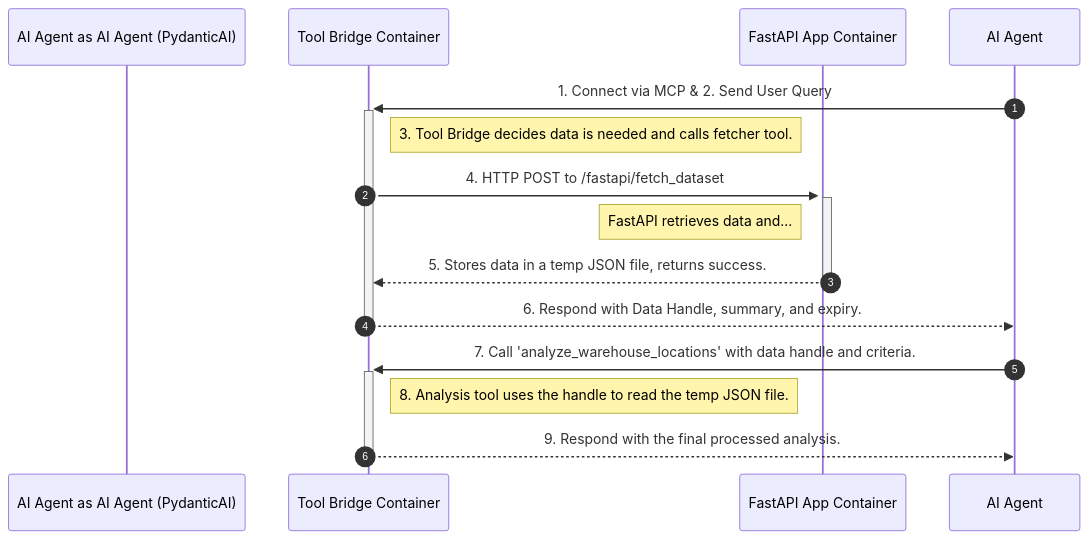
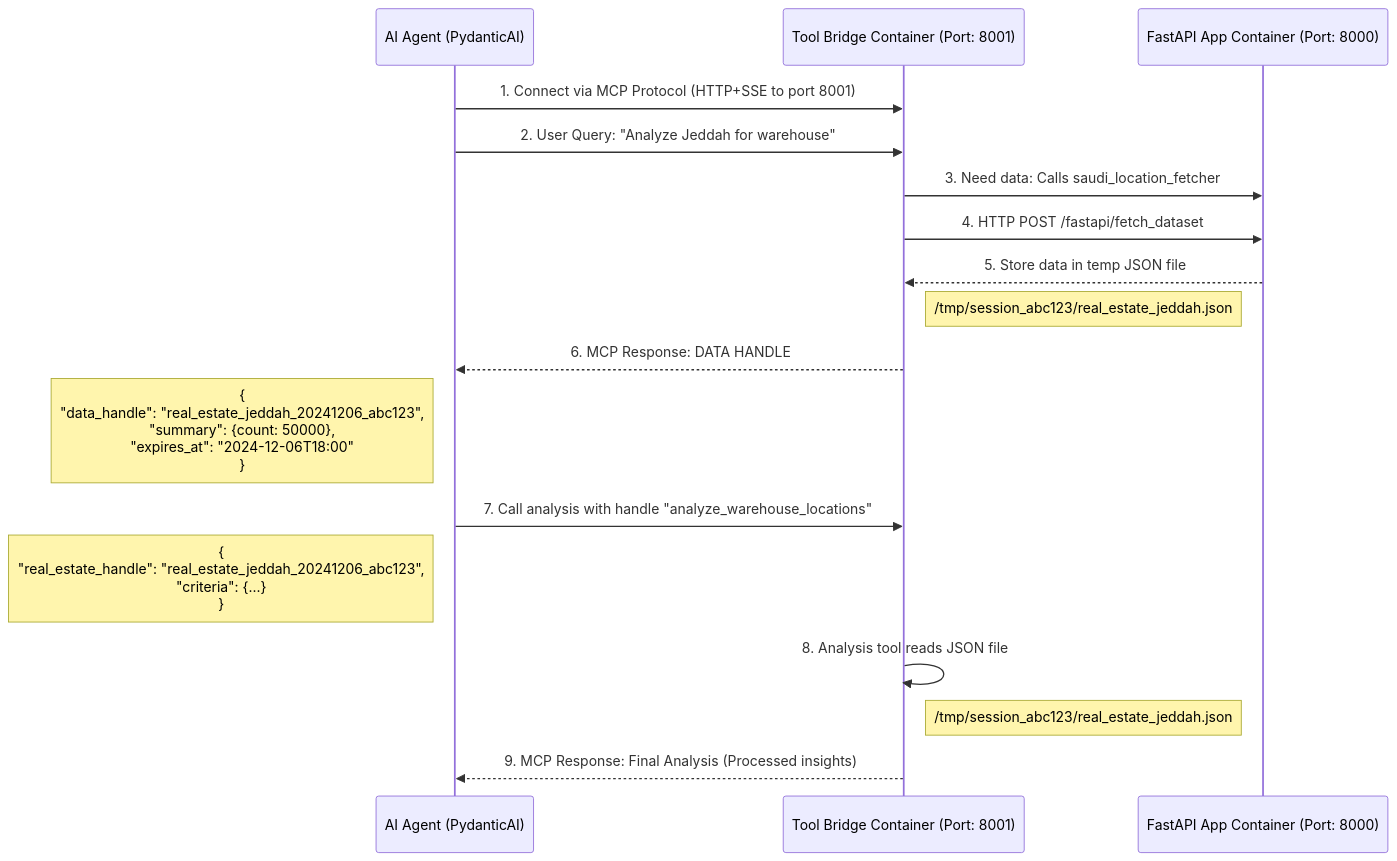
The first of 4 diagrams in tool_bridge_mcp_server/Model Context Protocol (MCP) Guide.md (ImadSaddik/backend2), drawn with Mermaid before and after one commit.

Commit message:
refactor MCP Guide to update mermaid sequence diagram for data handling flow with improved clarity and detailed participant descriptions

````diff
--- a/tool_bridge_mcp_server/Model Context Protocol (MCP) Guide.md
+++ b/tool_bridge_mcp_server/Model Context Protocol (MCP) Guide.md
@@ -244,23 +244,20 @@
 ```mermaid
 sequenceDiagram
-    autonumber
-    participant AI Agent as AI Agent (PydanticAI)
-    participant ToolBridge as Tool Bridge Container
-    participant FastAPI as FastAPI App Container
+    participant AI_Agent as AI Agent (PydanticAI)
+    participant Tool_Bridge as Tool Bridge Container (Port: 8001)
+    participant FastAPI as FastAPI App Container (Port: 8000)
 
-    AI Agent->>+ToolBridge: 1. Connect via MCP & 2. Send User Query
-    note right of ToolBridge: 3. Tool Bridge decides data is needed and calls fetcher tool.
-    
-    ToolBridge->>+FastAPI: 4. HTTP POST to /fastapi/fetch_dataset
-    activate FastAPI
-    note left of FastAPI: FastAPI retrieves data and...
-    FastAPI-->>ToolBridge: 5. Stores data in a temp JSON file, returns success.
-    deactivate FastAPI
-
-    ToolBridge-->>-AI Agent: 6. Respond with Data Handle, summary, and expiry.
-    
-    AI Agent->>+ToolBridge: 7. Call 'analyze_warehouse_locations' with data handle and criteria.
-    note right of ToolBridge: 8. Analysis tool uses the handle to read the temp JSON file.
-    
-    ToolBridge-->>-AI Agent: 9. Respond with the final processed analysis.
+    AI_Agent->>Tool_Bridge: 1. Connect via MCP Protocol (HTTP+SSE to port 8001)
+    AI_Agent->>Tool_Bridge: 2. User Query: "Analyze Jeddah for warehouse"
+    Tool_Bridge->>FastAPI: 3. Need data: Calls saudi_location_fetcher
+    Tool_Bridge->>FastAPI: 4. HTTP POST /fastapi/fetch_dataset
+    FastAPI-->>Tool_Bridge: 5. Store data in temp JSON file
+    Note right of Tool_Bridge: /tmp/session_abc123/real_estate_jeddah.json
+    Tool_Bridge-->>AI_Agent: 6. MCP Response: DATA HANDLE
+    Note left of AI_Agent: {<br>"data_handle": "real_estate_jeddah_20241206_abc123",<br>"summary": {count: 50000},<br>"expires_at": "2024-12-06T18:00"<br>}
+    AI_Agent->>Tool_Bridge: 7. Call analysis with handle "analyze_warehouse_locations"
+    Note left of AI_Agent: {<br>"real_estate_handle": "real_estate_jeddah_20241206_abc123",<br>"criteria": {...}<br>}
+    Tool_Bridge->>Tool_Bridge: 8. Analysis tool reads JSON file
+    Note right of Tool_Bridge: /tmp/session_abc123/real_estate_jeddah.json
+    Tool_Bridge-->>AI_Agent: 9. MCP Response: Final Analysis (Processed insights)
 ```
````
